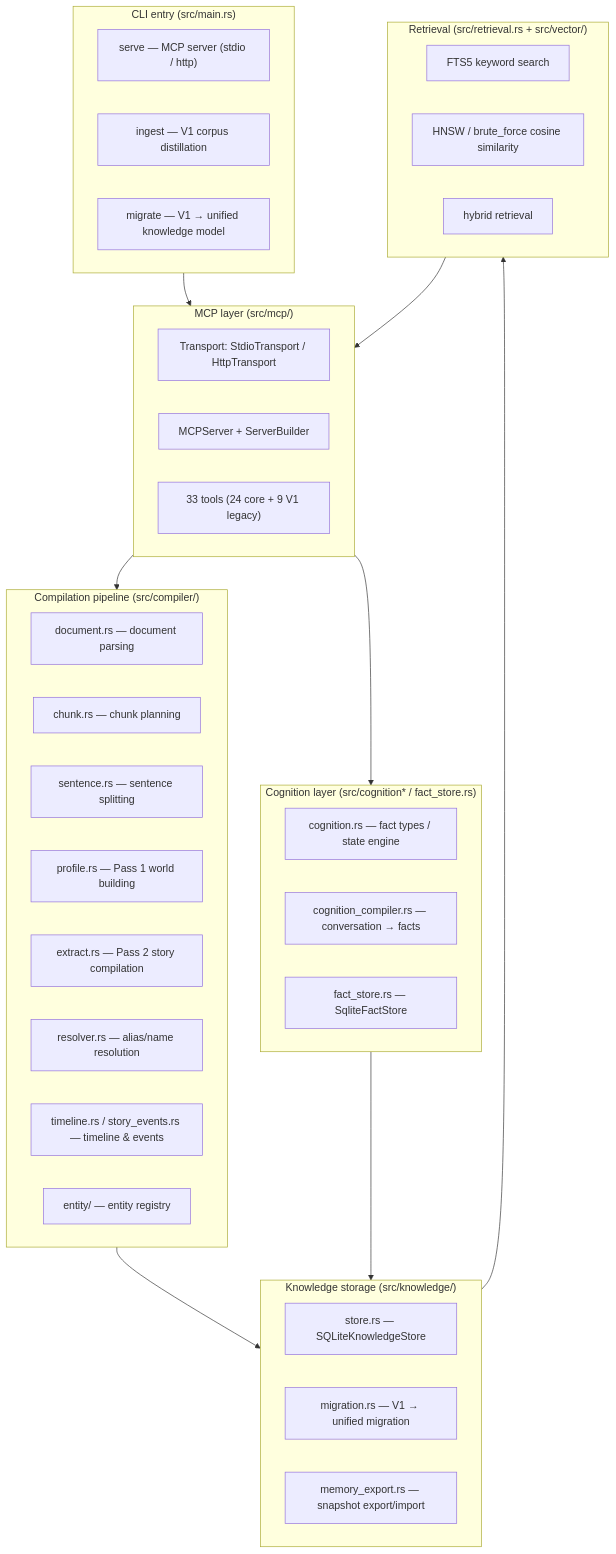
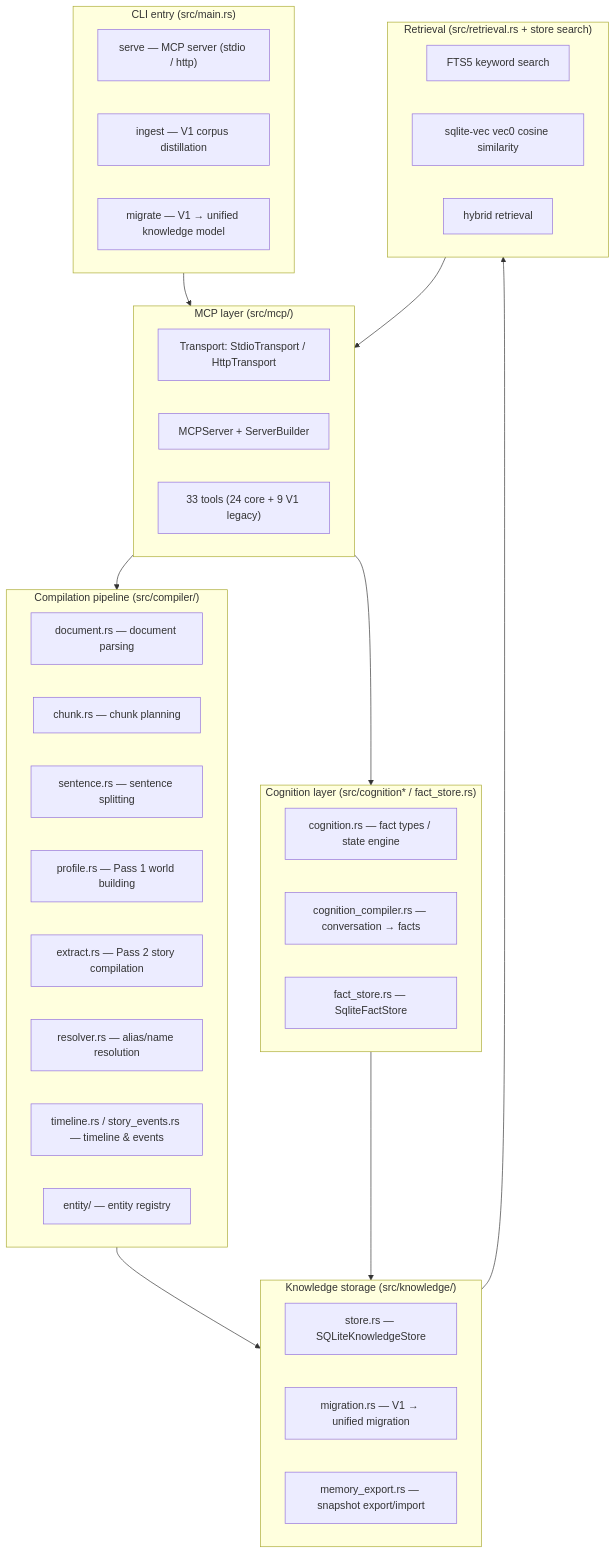
Before and after one commit to Timwood0x10/Mnemosyne: the first of 7 diagrams in docs/en/architecture.md, drawn with Mermaid. The commit also changed other lines of this file and 24 other files, not shown here.

Commit message:
refactor(store and compiler): unify SQL LIKE escaping and LIMIT logic, merge duplicate JSON loading, fix async blocking and flaky tests, and sync the docs on entity providers and vector retrieval

````diff
--- a/docs/en/architecture.md
+++ b/docs/en/architecture.md
@@ -15,51 +15,51 @@
 ```mermaid
 flowchart TB
     subgraph CLI["CLI entry (src/main.rs)"]
         C1["serve — MCP server (stdio / http)"]
         C2["ingest — V1 corpus distillation"]
         C3["migrate — V1 → unified knowledge model"]
     end
 
     subgraph MCP["MCP layer (src/mcp/)"]
         T["Transport: StdioTransport / HttpTransport"]
         S["MCPServer + ServerBuilder"]
         TOOLS["33 tools (24 core + 9 V1 legacy)"]
     end
 
     subgraph COMP["Compilation pipeline (src/compiler/)"]
         P1["document.rs — document parsing"]
         P2["chunk.rs — chunk planning"]
         P3["sentence.rs — sentence splitting"]
         P4["profile.rs — Pass 1 world building"]
         P5["extract.rs — Pass 2 story compilation"]
         P6["resolver.rs — alias/name resolution"]
         P7["timeline.rs / story_events.rs — timeline & events"]
         P8["entity/ — entity registry"]
     end
 
     subgraph KNOW["Knowledge storage (src/knowledge/)"]
         K1["store.rs — SQLiteKnowledgeStore"]
         K2["migration.rs — V1 → unified migration"]
         K3["memory_export.rs — snapshot export/import"]
     end
 
     subgraph COG["Cognition layer (src/cognition* / fact_store.rs)"]
         G1["cognition.rs — fact types / state engine"]
         G2["cognition_compiler.rs — conversation → facts"]
         G3["fact_store.rs — SqliteFactStore"]
     end
 
-    subgraph RETR["Retrieval (src/retrieval.rs + src/vector/)"]
+    subgraph RETR["Retrieval (src/retrieval.rs + store search)"]
         R1["FTS5 keyword search"]
-        R2["HNSW / brute_force cosine similarity"]
+        R2["sqlite-vec vec0 cosine similarity"]
         R3["hybrid retrieval"]
     end
 
     CLI --> MCP
     MCP --> COMP
     MCP --> COG
     COMP --> KNOW
     COG --> KNOW
     KNOW --> RETR
     RETR --> MCP
 ```
````
